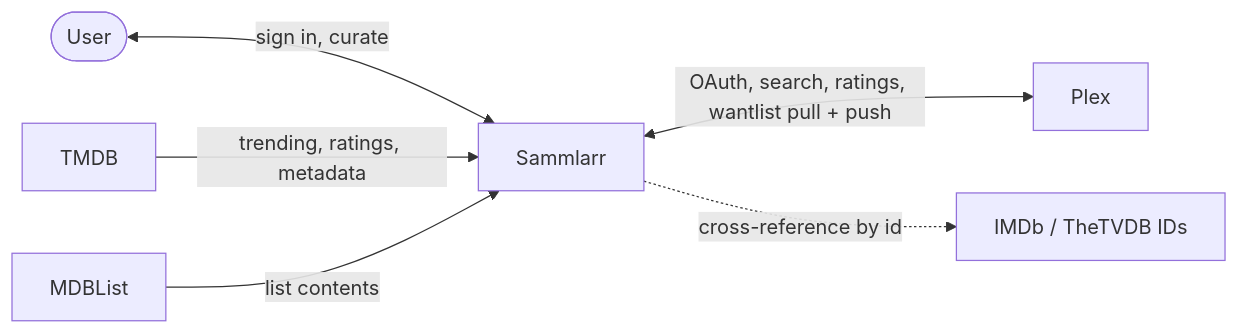
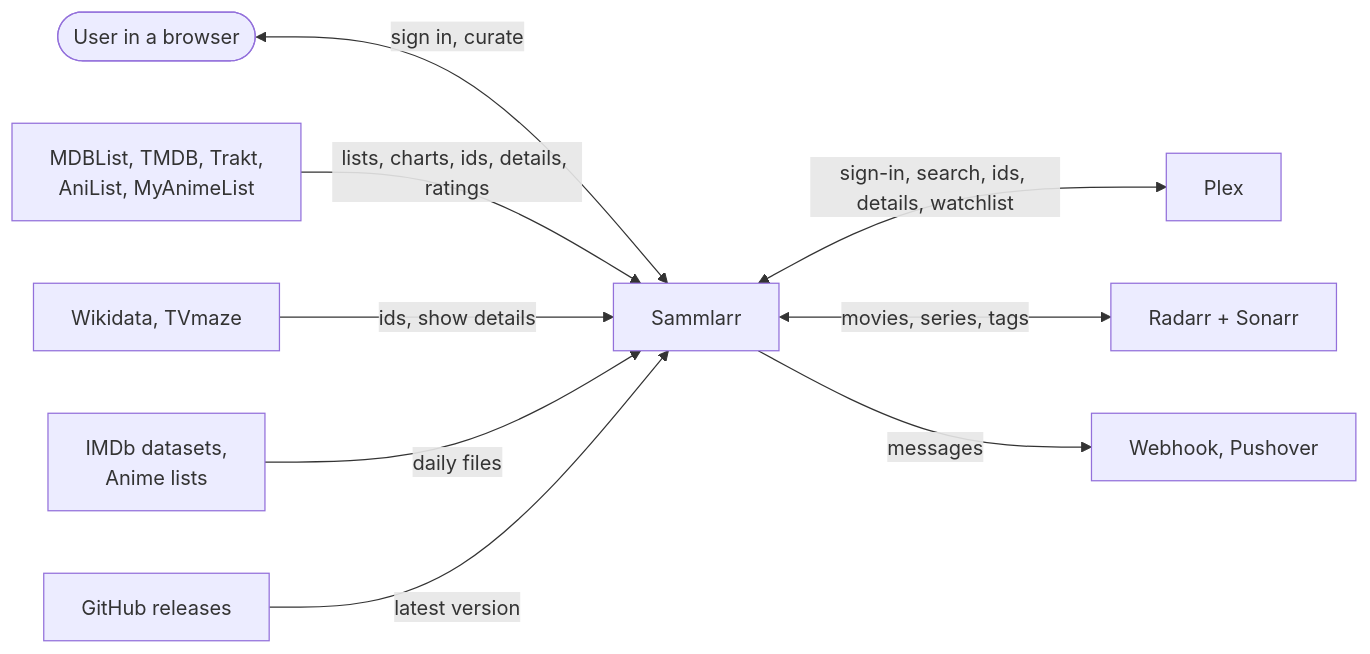
The diagram in docs/architecture/sections/02-context-scope.md (daerup/Sammlarr), drawn with Mermaid before and after one commit. The commit also changed other lines of this file and 4 other files, not shown here.

Commit message:
docs(architecture): chapters 1 to 5 describe today's Sammlarr

````diff
--- a/docs/architecture/sections/02-context-scope.md
+++ b/docs/architecture/sections/02-context-scope.md
@@ -18,15 +7,11 @@
 ```mermaid
 flowchart LR
-  user([User])
-  sam[Sammlarr]
-  plex[Plex]
-  tmdb[TMDB]
-  mdblist[MDBList]
-  ids[IMDb / TheTVDB IDs]
-
-  user <-->|sign in, curate| sam
-  sam <-->|OAuth, search, ratings, wantlist pull + push| plex
-  tmdb -->|trending, ratings, metadata| sam
-  mdblist -->|list contents| sam
-  sam -.->|cross-reference by id| ids
+  user([User in a browser]) <-->|sign in, curate| sam[Sammlarr]
+  sam <-->|sign-in, search, ids, details, watchlist| plex[Plex]
+  sam <-->|movies, series, tags| arr[Radarr + Sonarr]
+  lists["MDBList, TMDB, Trakt,<br/>AniList, MyAnimeList"] -->|lists, charts, ids, details, ratings| sam
+  lookups[Wikidata, TVmaze] -->|ids, show details| sam
+  daily["IMDb datasets,<br/>Anime lists"] -->|daily files| sam
+  sam -->|messages| notify[Webhook, Pushover]
+  gh[GitHub releases] -->|latest version| sam
 ```
````
